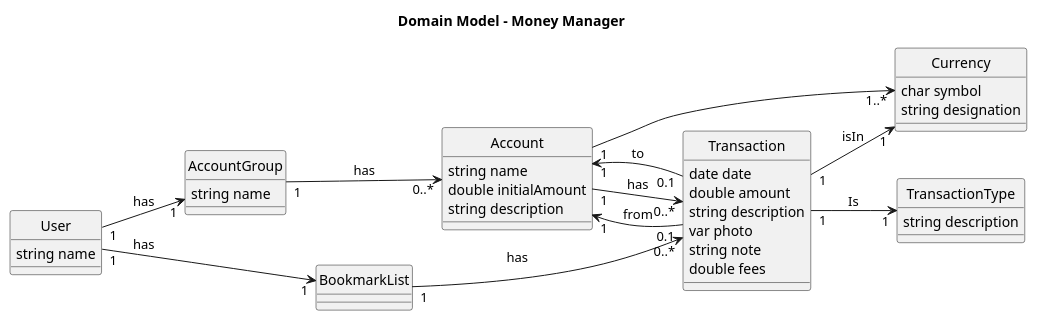
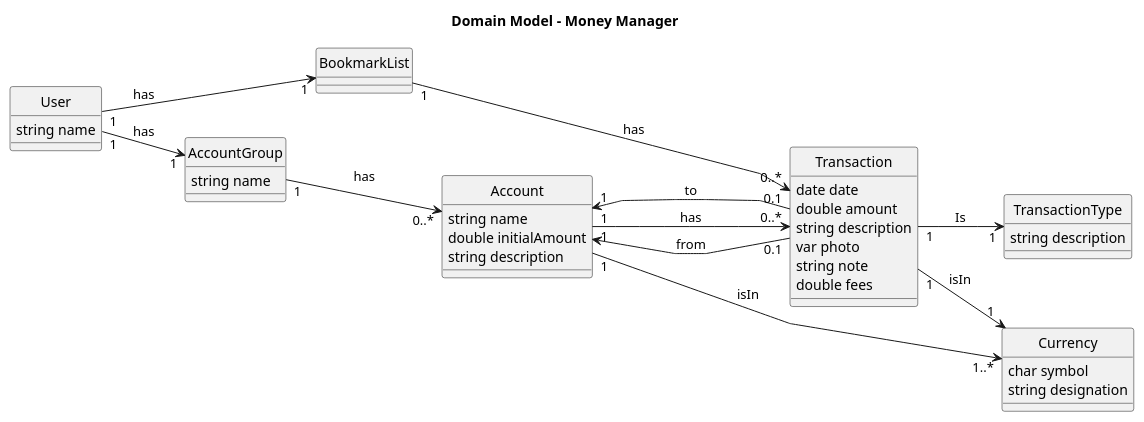
The diagram in diagrams/domainModel_MoneyManager.puml (PeFerreira98/ISEP.Master.EDOM_2021), drawn with PlantUML before and after one commit. The commit also changed 4 other files, not shown here.

```diff
--- a/diagrams/domainModel_MoneyManager.puml
+++ b/diagrams/domainModel_MoneyManager.puml
@@ -1,61 +1,67 @@
 @startuml domainModel1.png
 
 left to right direction
 
+skinparam linetype polyline
+' skinparam linetype ortho
 skinparam monochrome true
 skinparam packageStyle rect
-skinparam defaultFontName FG Virgil
 skinparam shadowing false
+
+' skinparam nodesep 5
+' skinparam ranksep 80
+' skinparam padding 2
+' !pragma ratio 0.2
 
 title Domain Model - Money Manager
 
 class User {
   string name
 }
 
 class AccountGroup {
   string name
 }
 
 class Account {
   string name
   double initialAmount
   string description
 }
 
 class Transaction {
   date date
   double amount
   string description
   var photo
   string note
   double fees
 }
 
 class TransactionType {
   string description
 }
 
 class Currency {
   char symbol
   string designation
 }
 
 User "1" --> "1" BookmarkList : has
 User "1" --> "1" AccountGroup : has
 
 AccountGroup "1" --> "0..*" Account : has
 
 BookmarkList "1" --> "0..*" Transaction : has
 
-Account "1" --> "0..*" Transaction : has
-Account "1" --> "1..*" Currency
+Account "1" ---> "0..*" Transaction : has
+Account "1" -d-> "1..*" Currency : isIn
 
-Transaction "0.1" --> "1" Account : from
-Transaction "0.1" --> "1" Account : to
-Transaction "1" --> "1" Currency : isIn
-Transaction "1" --> "1" TransactionType : Is
+Transaction "0.1" ---> "1" Account : from
+Transaction "0.1" ---> "1" Account : to
+Transaction "1" -d-> "1" Currency : isIn
+Transaction "1" -d-> "1" TransactionType : Is
 
 hide circle
 
 @enduml
```
